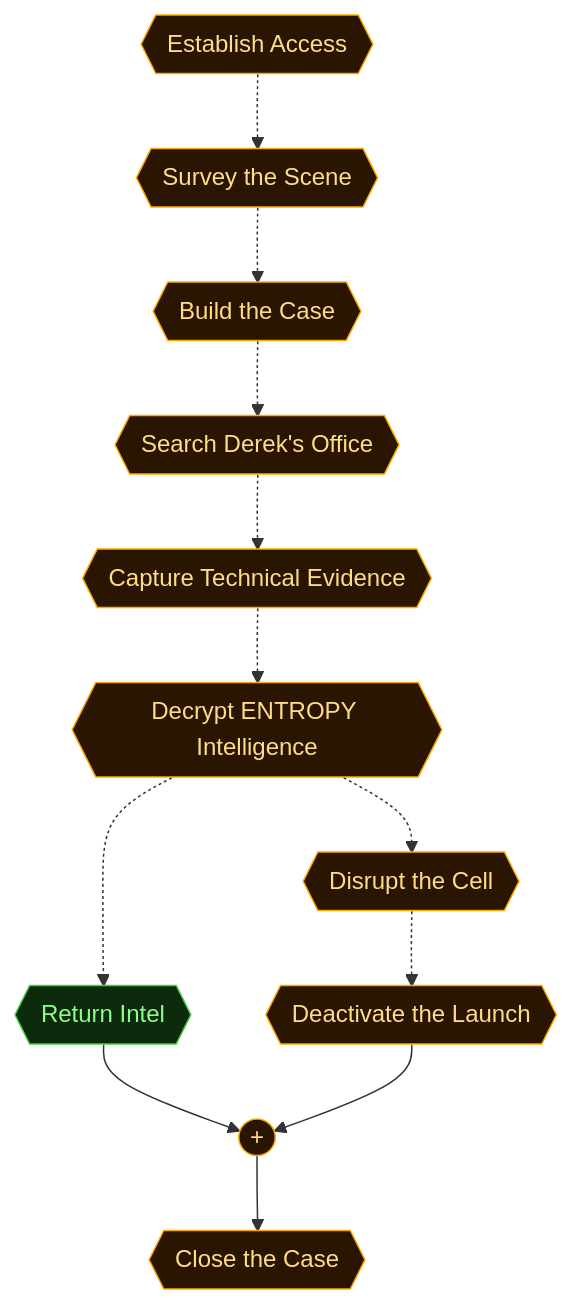
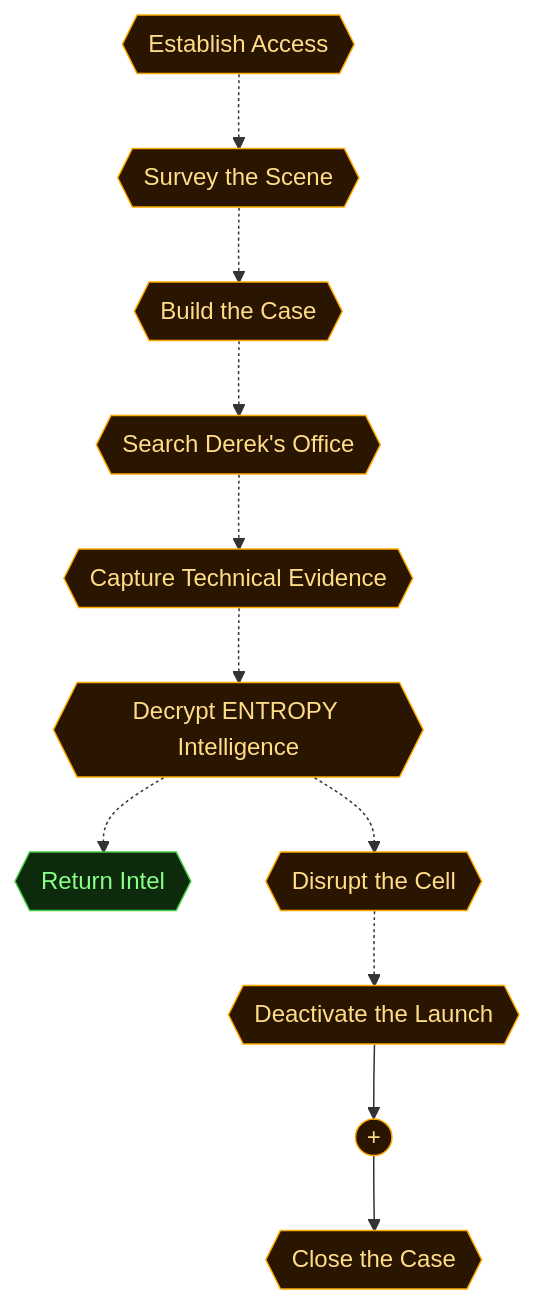
Before and after one commit to cliffe/BreakEscapeGame: the second of 5 diagrams in scenarios/m01_first_contact/dungeon_graph.md, drawn with Mermaid. The commit also changed other lines of this file and 2 other files, not shown here.

````diff
--- a/scenarios/m01_first_contact/dungeon_graph.md
+++ b/scenarios/m01_first_contact/dungeon_graph.md
@@ -202,45 +202,44 @@
 ```mermaid
 flowchart TD
 
   classDef room      fill:#0f2d2d,stroke:#22ddcc,color:#a0ffee
   classDef lock      fill:#2d0f0f,stroke:#e66060,color:#ffa0a0
   classDef key       fill:#2d0812,stroke:#e66060,color:#ffa0a0
   classDef item      fill:#2d1200,stroke:#e89030,color:#ffcc80
   classDef gate      fill:#111,stroke:#666,color:#eee
   classDef vm        fill:#0c1f40,stroke:#4a90d9,color:#a0c8ff
   classDef flag      fill:#1a0c2d,stroke:#9060d0,color:#cc99ff
   classDef action    fill:#1a1200,stroke:#cc9922,color:#ffee88
   classDef aim       fill:#0d2a0d,stroke:#44cc44,color:#88ff88
   classDef aim_gate  fill:#111111,stroke:#44cc44,color:#44cc44
   classDef container fill:#1a2d1a,stroke:#60b060,color:#a0e0a0
   classDef npc       fill:#2d1f0d,stroke:#d0a050,color:#ffe0a0
   classDef critical  fill:#2a1500,stroke:#ffaa00,color:#ffdd88
   classDef start     fill:#003322,stroke:#00ffaa,color:#00ffaa
 
   aim_establish_access{{"Establish Access"}}
   aim_survey_offices{{"Survey the Scene"}}
   aim_build_the_case{{"Build the Case"}}
   aim_search_derek_office{{"Search Derek's Office"}}
   aim_capture_technical_evidence{{"Capture Technical Evidence"}}
   aim_decrypt_entropy_intel{{"Decrypt ENTROPY Intelligence"}}
   aim_return_intel{{"Return Intel"}}
   aim_disrupt_the_cell{{"Disrupt the Cell"}}
   aim_deactivate_the_launch{{"Deactivate the Launch"}}
   aim_close_the_case{{"Close the Case"}}
   aim_andgate_close_the_case((" + "))
 
   aim_establish_access -.-> aim_survey_offices
   aim_survey_offices -.-> aim_build_the_case
   aim_build_the_case -.-> aim_search_derek_office
   aim_search_derek_office -.-> aim_capture_technical_evidence
   aim_capture_technical_evidence -.-> aim_decrypt_entropy_intel
   aim_decrypt_entropy_intel -.-> aim_return_intel
   aim_decrypt_entropy_intel -.-> aim_disrupt_the_cell
   aim_disrupt_the_cell -.-> aim_deactivate_the_launch
-  aim_return_intel --> aim_andgate_close_the_case
   aim_deactivate_the_launch --> aim_andgate_close_the_case
   aim_andgate_close_the_case --> aim_close_the_case
 
   class aim_establish_access,aim_survey_offices,aim_build_the_case,aim_search_derek_office,aim_capture_technical_evidence,aim_decrypt_entropy_intel,aim_disrupt_the_cell,aim_deactivate_the_launch,aim_close_the_case,aim_andgate_close_the_case critical
   class aim_return_intel aim
 ```
````
